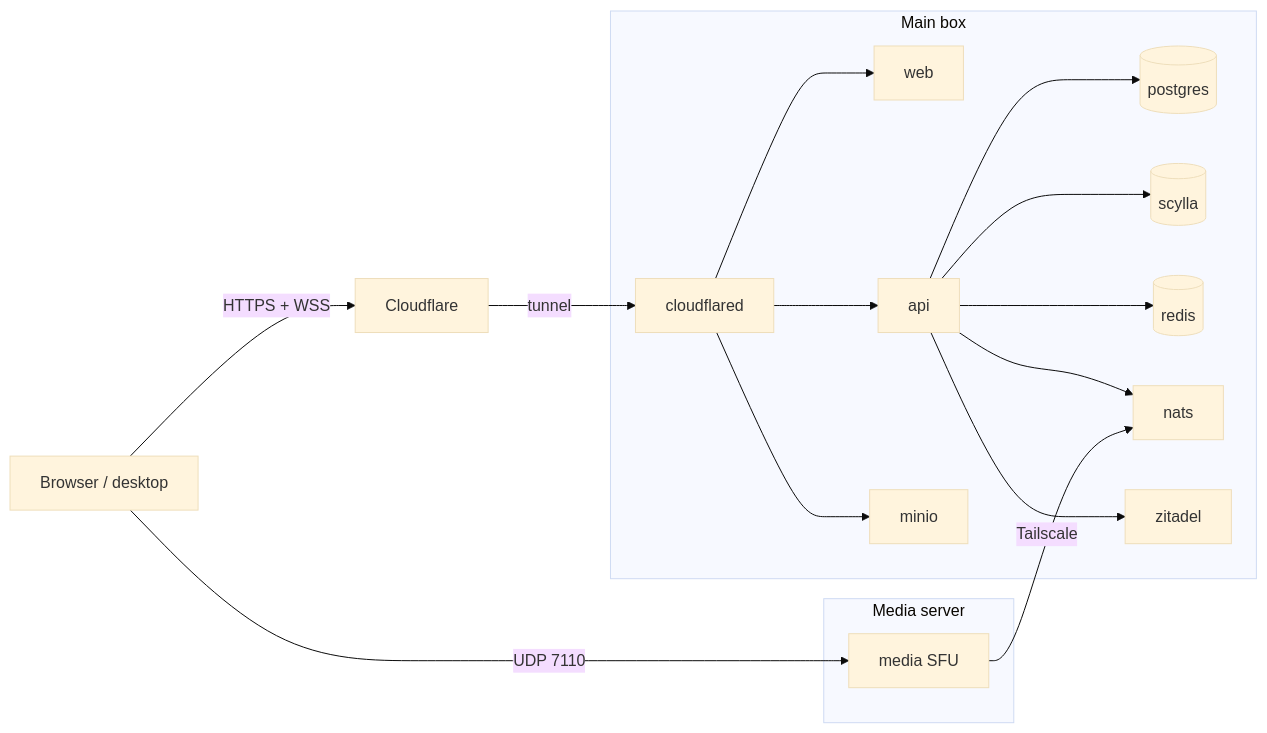
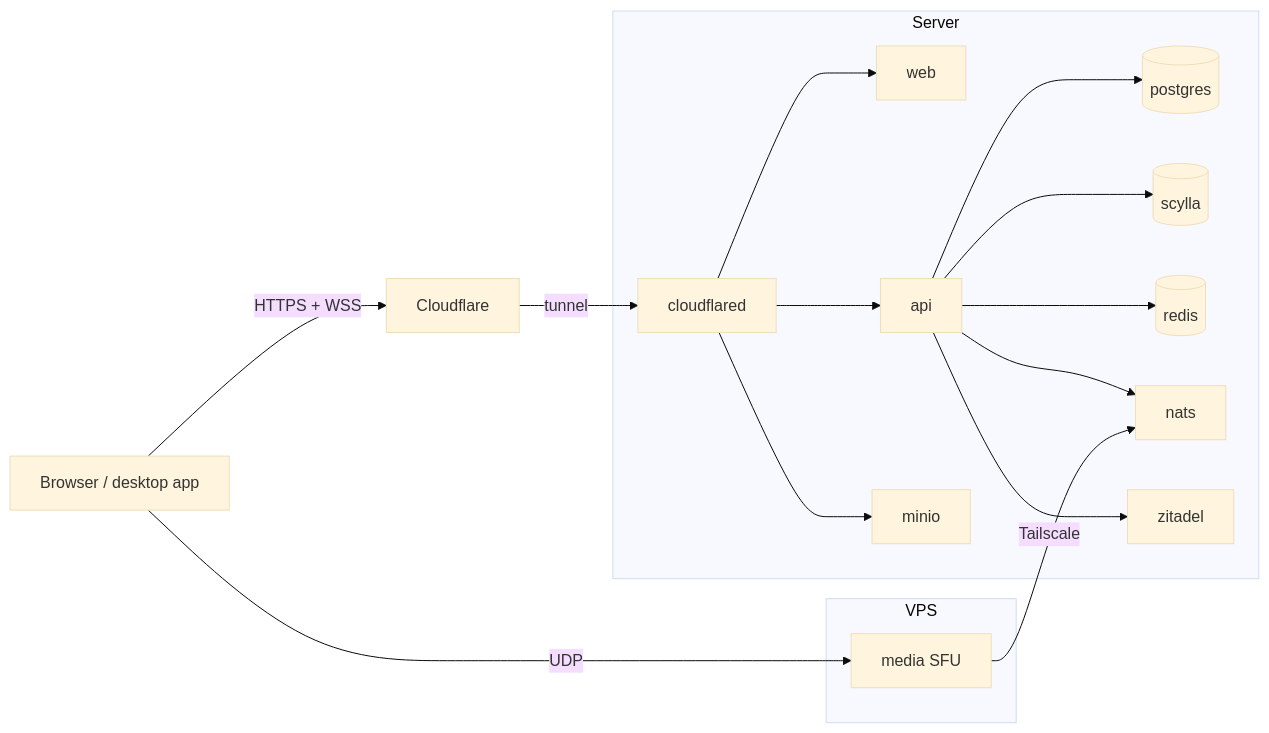
One commit to IuriGuerreiro/riftnet changed the diagram in docs/architecture/deployment.md. Above: the diagram before and after it, drawn with Mermaid (base theme). The commit also changed other lines of this file, not shown here.

````diff
--- a/docs/architecture/deployment.md
+++ b/docs/architecture/deployment.md
@@ -7,14 +16,14 @@
 ```mermaid
 flowchart LR
-    U[Browser / desktop] -- HTTPS + WSS --> CF[Cloudflare]
+    U[Browser / desktop app] -- HTTPS + WSS --> CF[Cloudflare]
     CF -- tunnel --> CFD[cloudflared]
-    subgraph Main box
+    subgraph Server
       CFD --> WEB[web] & API[api] & MINIO[minio]
       API --> PG[(postgres)] & SC[(scylla)] & RD[(redis)] & NATS[nats] & Z[zitadel]
     end
-    subgraph Media server
+    subgraph VPS
       MEDIA[media SFU]
     end
     MEDIA -- Tailscale --> NATS
-    U -- UDP 7110 --> MEDIA
+    U -- UDP --> MEDIA
 ```
````
